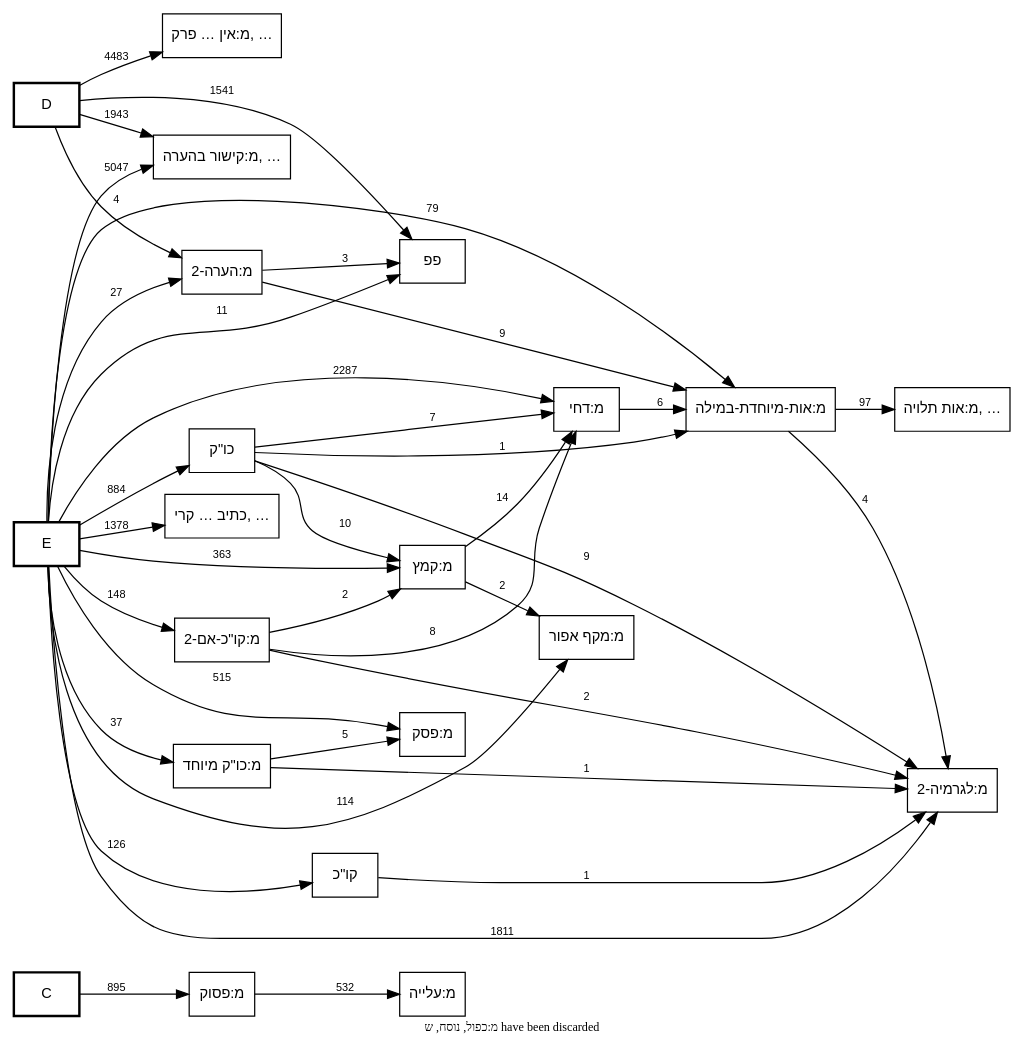
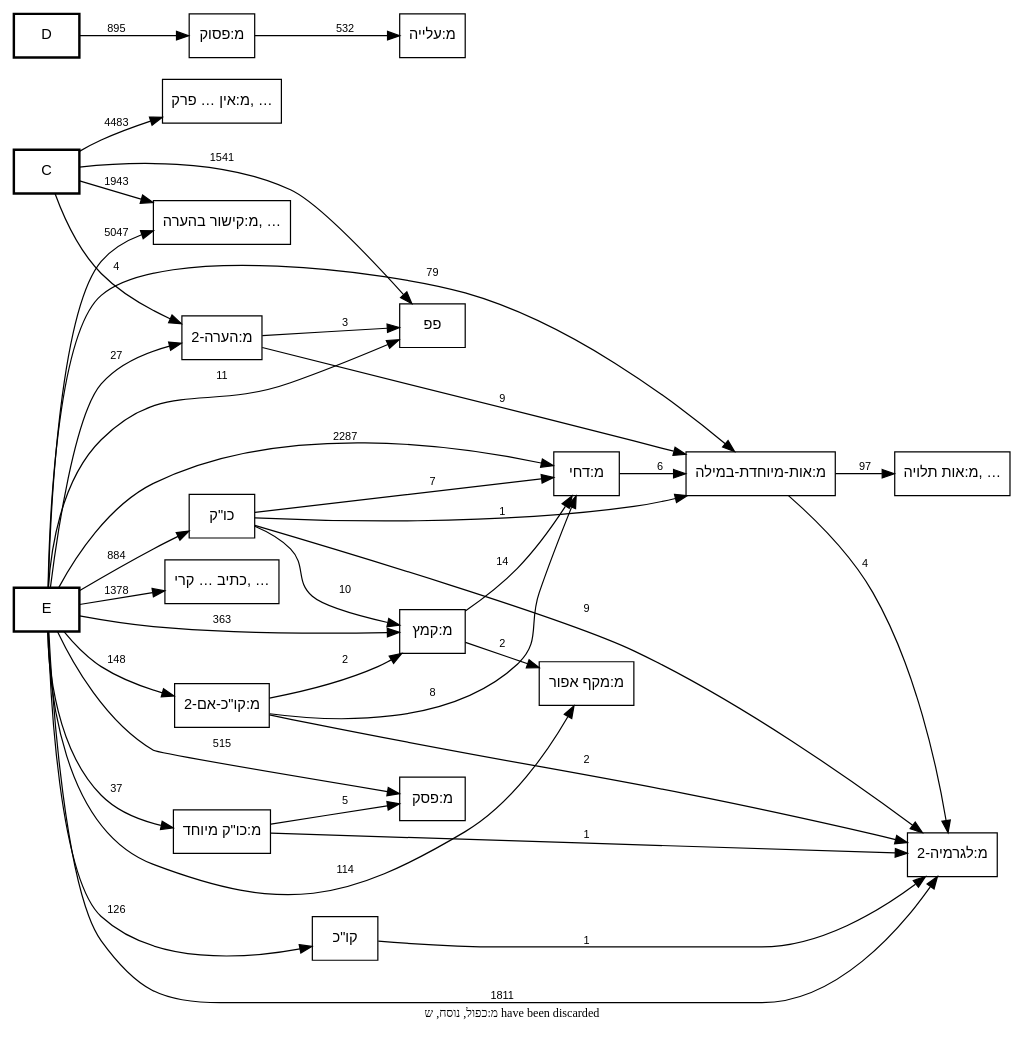
Before and after one commit to bdenckla/MAM-basics: the diagram in out/MAM-tmpl-survey/plus-call-graph.dot, drawn with Graphviz. The commit also changed 2 other files, not shown here.

```diff
--- a/out/MAM-tmpl-survey/plus-call-graph.dot
+++ b/out/MAM-tmpl-survey/plus-call-graph.dot
@@ -1,81 +1,81 @@
 digraph template_call_graph {
     rankdir=LR;
     node [fontname="SBL Hebrew,Helvetica", fontsize=12];
     edge [fontname="Helvetica", fontsize=9];
 
     // Column nodes
     node [shape=box, style=bold];
     "C";
     "D";
     "E";
 
     // Template nodes
     node [shape=box, style=""];
     "כתיב … קרי, …" [tooltip="כתיב ולא קרי
 מ:נו\"ן הפוכה
 מ:צינור
 מ:קישור פנימי בהערה
 מודגש
 קרי ולא כתיב
 ר0
 ר2
 ר3"];
     "מ:אות תלויה, …" [tooltip="מ:אות תלויה
 מ:אות-ג
 מ:אות-ק"];
     "מ:אין … פרק, …" [tooltip="מ:אין פרשה בתחילת פרק
 מ:אין פרשה בתחילת פרק בספרי אמ\"ת
 מ:אין רווח של פרשה בתחילת פרשת השבוע
 מ:ספר חדש
 מ:רווח בתרי עשר בפסוק הראשון
 מ:רווח לספר בתהלים בפסוק הראשון
 ר4"];
     "מ:קישור בהערה, …" [tooltip="מ:קישור בהערה
 מ:ששש
 סס
 ססס
 פפפ
 ר1"];
 
     // Note
     graph [label="מ:כפול, נוסח, ש have been discarded", labelloc=b, fontsize=10];
 
     // Edges
-    "C" -> "מ:פסוק" [label="895"];
-    "D" -> "מ:אין … פרק, …" [label="4483"];
-    "D" -> "מ:הערה-2" [label="4"];
-    "D" -> "מ:קישור בהערה, …" [label="1943"];
-    "D" -> "פפ" [label="1541"];
+    "C" -> "מ:אין … פרק, …" [label="4483"];
+    "C" -> "מ:הערה-2" [label="4"];
+    "C" -> "מ:קישור בהערה, …" [label="1943"];
+    "C" -> "פפ" [label="1541"];
+    "D" -> "מ:פסוק" [label="895"];
     "E" -> "כו\"ק" [label="884"];
     "E" -> "כתיב … קרי, …" [label="1378"];
     "E" -> "מ:אות-מיוחדת-במילה" [label="79"];
     "E" -> "מ:דחי" [label="2287"];
     "E" -> "מ:הערה-2" [label="27"];
     "E" -> "מ:כו\"ק מיוחד" [label="37"];
     "E" -> "מ:לגרמיה-2" [label="1811"];
     "E" -> "מ:מקף אפור" [label="114"];
     "E" -> "מ:פסק" [label="515"];
     "E" -> "מ:קו\"כ-אם-2" [label="148"];
     "E" -> "מ:קישור בהערה, …" [label="5047"];
     "E" -> "מ:קמץ" [label="363"];
     "E" -> "פפ" [label="11"];
     "E" -> "קו\"כ" [label="126"];
     "כו\"ק" -> "מ:אות-מיוחדת-במילה" [label="1"];
     "כו\"ק" -> "מ:דחי" [label="7"];
     "כו\"ק" -> "מ:לגרמיה-2" [label="9"];
     "כו\"ק" -> "מ:קמץ" [label="10"];
     "מ:אות-מיוחדת-במילה" -> "מ:אות תלויה, …" [label="97"];
     "מ:אות-מיוחדת-במילה" -> "מ:לגרמיה-2" [label="4"];
     "מ:דחי" -> "מ:אות-מיוחדת-במילה" [label="6"];
     "מ:הערה-2" -> "מ:אות-מיוחדת-במילה" [label="9"];
     "מ:הערה-2" -> "פפ" [label="3"];
     "מ:כו\"ק מיוחד" -> "מ:לגרמיה-2" [label="1"];
     "מ:כו\"ק מיוחד" -> "מ:פסק" [label="5"];
     "מ:פסוק" -> "מ:עלייה" [label="532"];
     "מ:קו\"כ-אם-2" -> "מ:דחי" [label="8"];
     "מ:קו\"כ-אם-2" -> "מ:לגרמיה-2" [label="2"];
     "מ:קו\"כ-אם-2" -> "מ:קמץ" [label="2"];
     "מ:קמץ" -> "מ:דחי" [label="14"];
     "מ:קמץ" -> "מ:מקף אפור" [label="2"];
     "קו\"כ" -> "מ:לגרמיה-2" [label="1"];
 }
```
